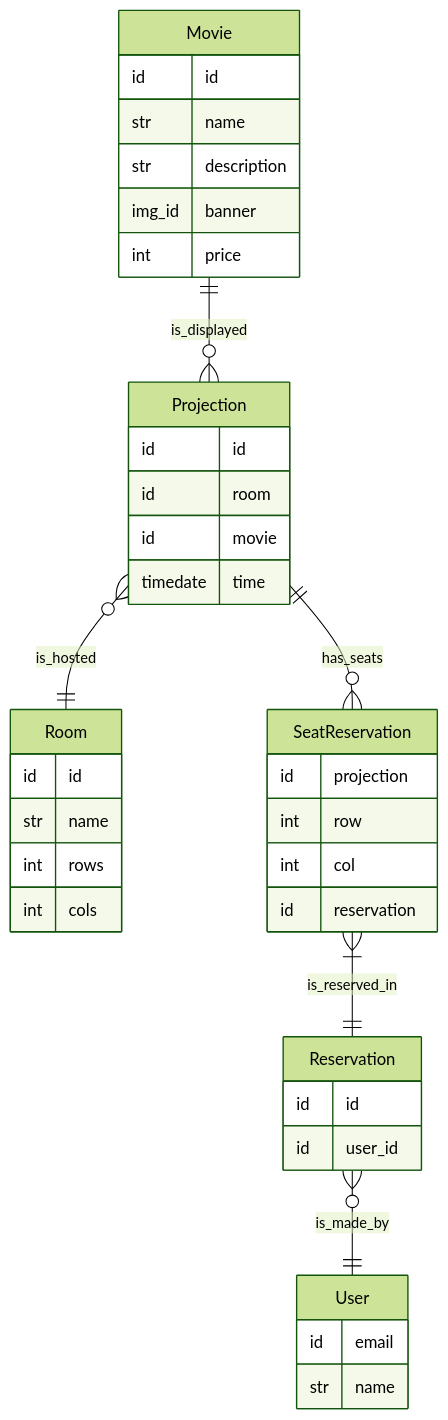
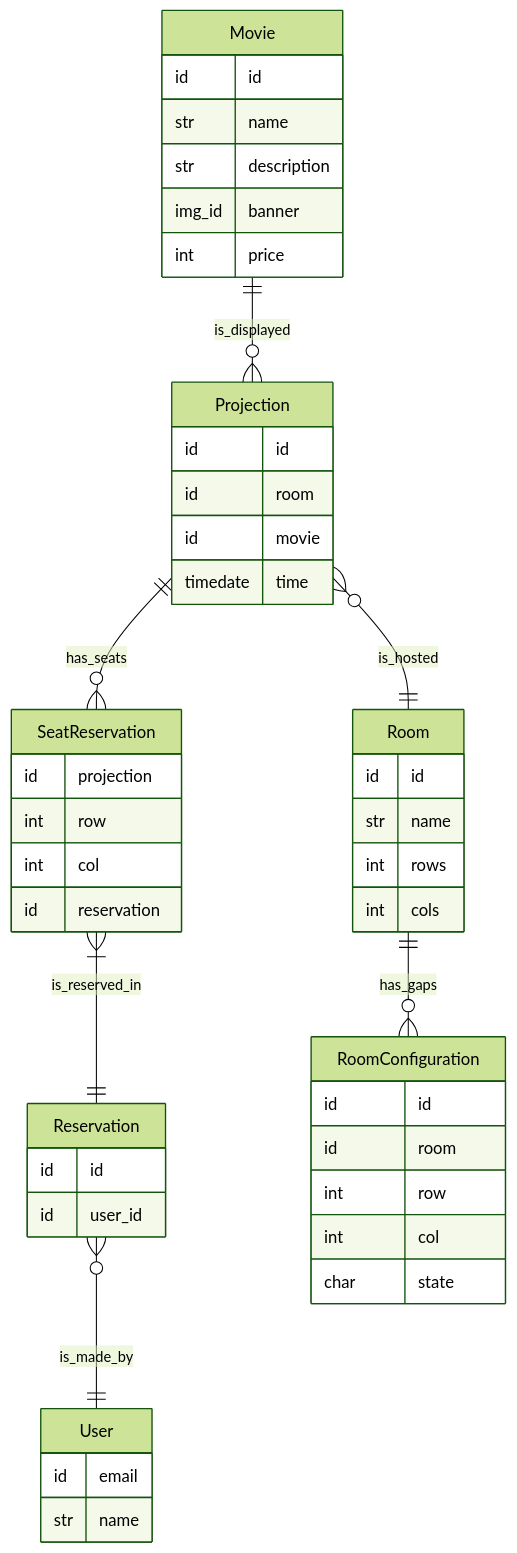
Before and after one commit to jkutkutOrg/Android-CineHub: the diagram in docs/database_model.md, drawn with Mermaid (forest theme).

Commit message:
now a room can have empty seats

````diff
--- a/docs/database_model.md
+++ b/docs/database_model.md
@@ -1,51 +1,61 @@
 ```mermaid
 erDiagram
     Movie {
         id id
         str name
         str description
         img_id banner
         int price
     }
 
     Room {
         id id
         str name
         int rows
         int cols
     }
 
     Projection {
         id id
         id room
         id movie
         timedate time
     }
 
     Movie ||--o{ Projection : is_displayed
     Projection }o--|| Room : is_hosted
 
     SeatReservation {
         id projection
         int row
         int col
         id reservation
     }
 
     Projection ||--o{ SeatReservation : has_seats
 
     Reservation {
         id id
         id user_id
     }
 
     SeatReservation }|--|| Reservation : is_reserved_in
 
     User {
         id email
         str name
     }
 
     Reservation }o--|| User : is_made_by
 
+    RoomConfiguration {
+      id id
+      id room
+      int row
+      int col
+      char state
+    }
+
+    Room ||--o{ RoomConfiguration : has_gaps
+
 ```
````
